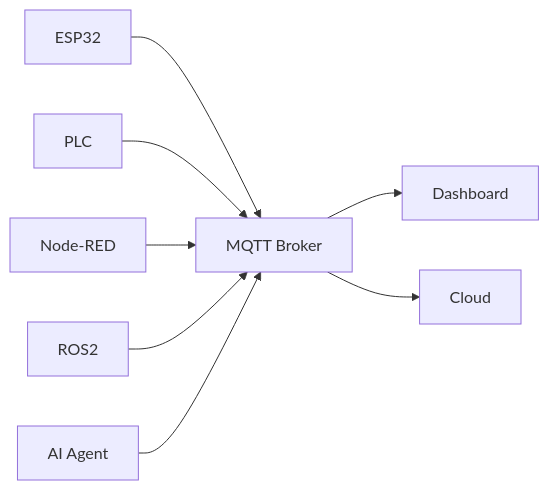
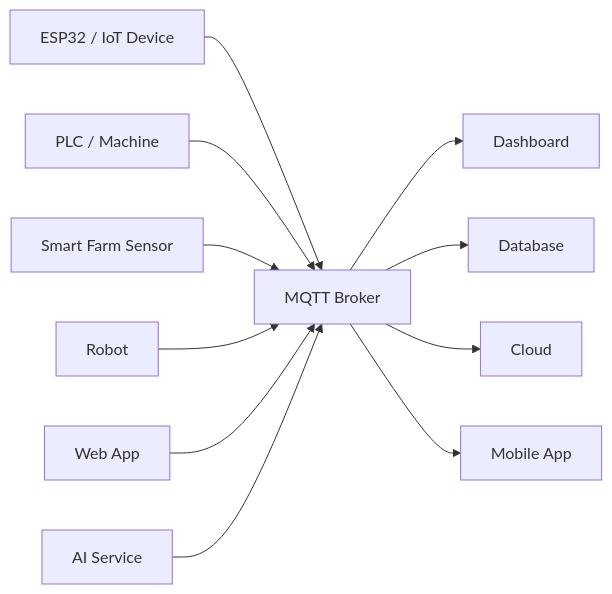
One commit to KOPE-SOLUTION/mqtt-broker-podman-compose changed the second of 2 diagrams in README.md. Above: the diagram before and after it, drawn with Mermaid. The commit also changed other lines of this file, not shown here.

````diff
--- a/README.md
+++ b/README.md
@@ -51,23 +72,29 @@
 ```mermaid
 flowchart LR
 
-    A[ESP32]
-    B[PLC]
-    C[Node-RED]
-    D[ROS2]
-    E[AI Agent]
+    A[ESP32 / IoT Device]
+    B[PLC / Machine]
+    C[Smart Farm Sensor]
+    D[Robot]
+    E[Web App]
+    F[AI Service]
 
-    F[MQTT Broker]
+    G[MQTT Broker]
 
-    G[Dashboard]
-    H[Cloud]
+    H[Dashboard]
+    I[Database]
+    J[Cloud]
+    K[Mobile App]
 
-    A --> F
-    B --> F
-    C --> F
-    D --> F
-    E --> F
+    A --> G
+    B --> G
+    C --> G
+    D --> G
+    E --> G
+    F --> G
 
-    F --> G
-    F --> H
+    G --> H
+    G --> I
+    G --> J
+    G --> K
 ```
````
